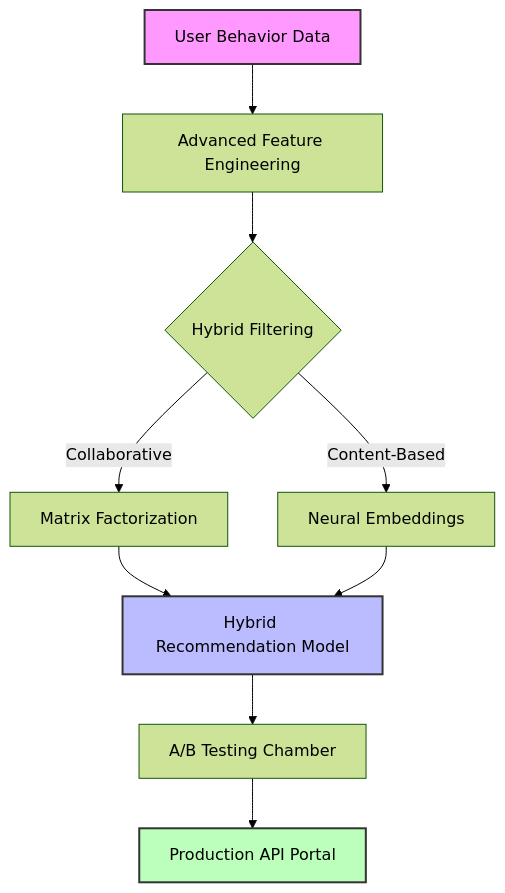
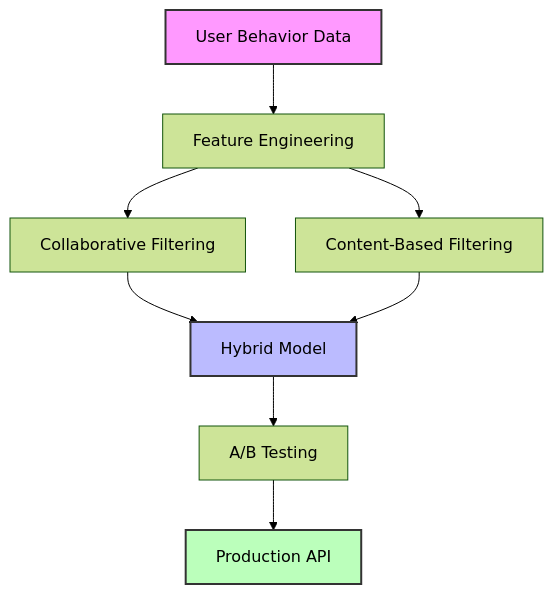
One commit to joaquimtimoteo/joaquimtimoteo changed the second of 3 diagrams in README.md. Above: the diagram before and after it, drawn with Mermaid (forest theme). The commit also changed other lines of this file, not shown here.

````diff
--- a/README.md
+++ b/README.md
@@ -127,14 +217,14 @@
 ```mermaid
 graph TD
-    A[User Behavior Data] --> B[Advanced Feature Engineering]
-    B --> C{Hybrid Filtering}
-    C -->|Collaborative| D[Matrix Factorization]
-    C -->|Content-Based| E[Neural Embeddings]
-    D & E --> F[Hybrid Recommendation Model]
-    F --> G[A/B Testing Chamber]
-    G --> H[Production API Portal]
+    A[User Behavior Data] --> B[Feature Engineering]
+    B --> C[Collaborative Filtering]
+    B --> D[Content-Based Filtering]
+    C --> E[Hybrid Model]
+    D --> E
+    E --> F[A/B Testing]
+    F --> G[Production API]
     
     style A fill:#f9f,stroke:#333,stroke-width:2px
-    style F fill:#bbf,stroke:#333,stroke-width:2px
-    style H fill:#bfb,stroke:#333,stroke-width:2px
+    style E fill:#bbf,stroke:#333,stroke-width:2px
+    style G fill:#bfb,stroke:#333,stroke-width:2px
 ```
````
